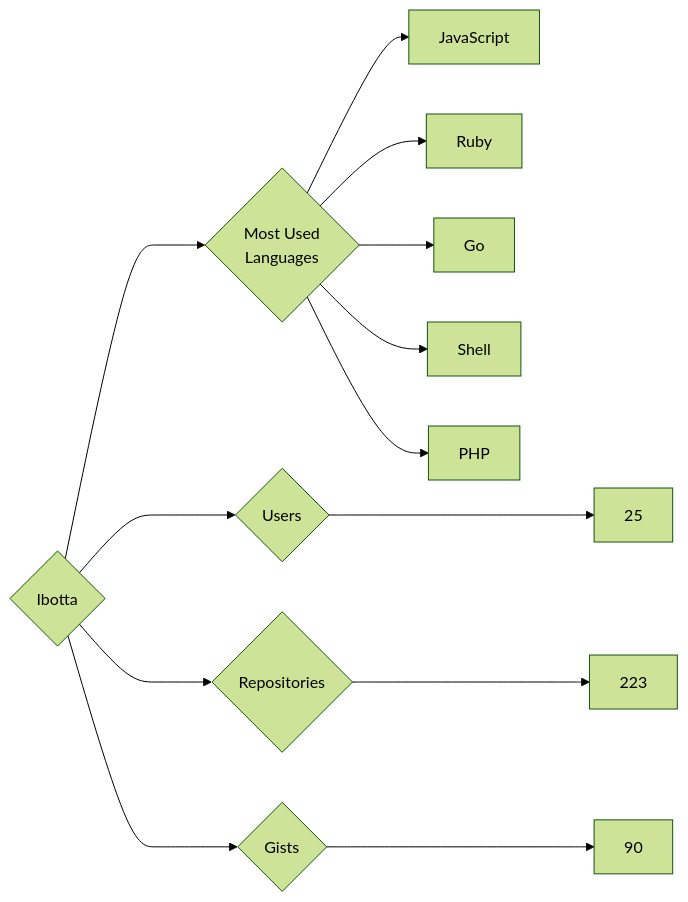
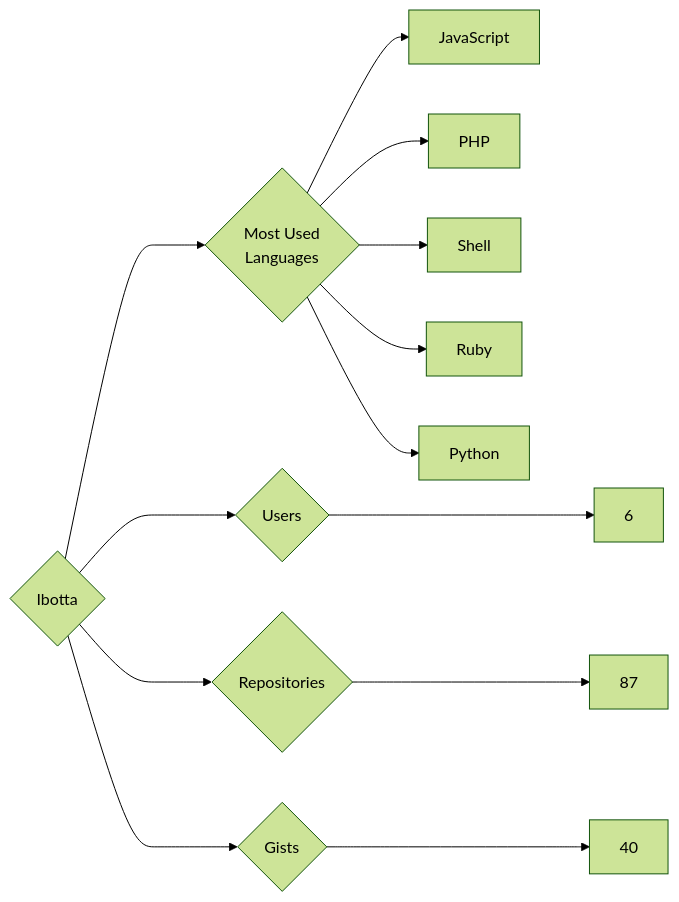
The diagram in targets/Ibotta/README.md (trickest/insiders), drawn with Mermaid (forest theme) before and after one commit. The commit also changed 676 other files, not shown here.

````diff
--- a/targets/Ibotta/README.md
+++ b/targets/Ibotta/README.md
@@ -3,13 +3,13 @@
 ```mermaid
 graph LR
 COMPANY_NAME{Ibotta}
-COMPANY_NAME ---> U{Users} ---> UN[25]
-COMPANY_NAME ---> R{Repositories} ---> RN[223]
-COMPANY_NAME ---> G{Gists} ---> GN[90]
+COMPANY_NAME ---> U{Users} ---> UN[6]
+COMPANY_NAME ---> R{Repositories} ---> RN[87]
+COMPANY_NAME ---> G{Gists} ---> GN[40]
 COMPANY_NAME ---> ML{Most Used<br>Languages}
 ML --> JavaScript[JavaScript]
+ML --> PHP[PHP]
+ML --> Shell[Shell]
 ML --> Ruby[Ruby]
-ML --> Go[Go]
-ML --> Shell[Shell]
-ML --> PHP[PHP]
+ML --> Python[Python]
 ```
````
